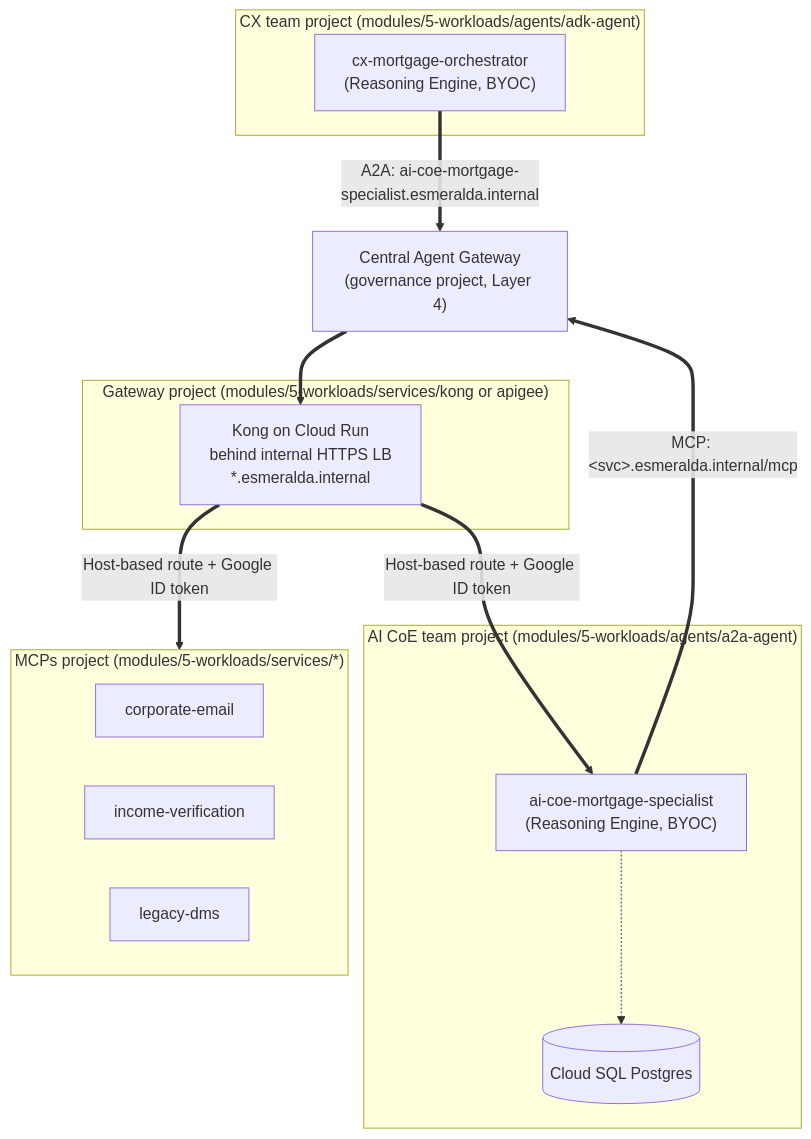
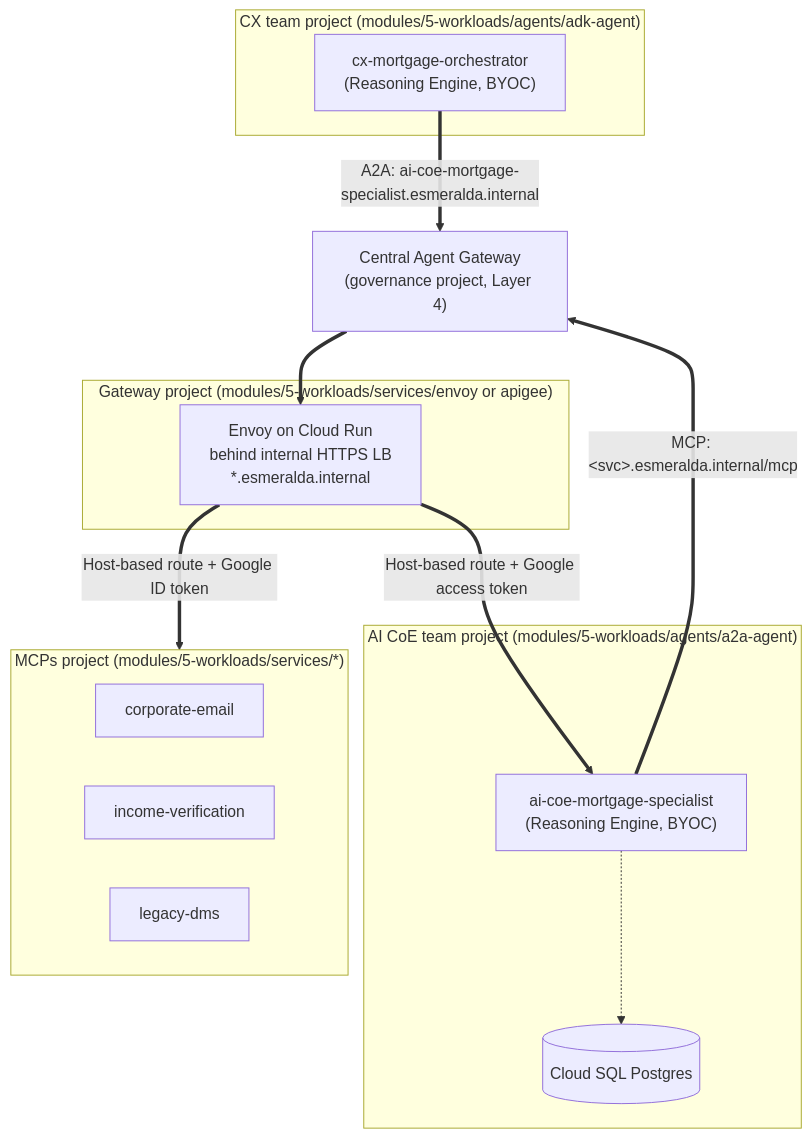
One commit to google/esmeralda changed the diagram in docs/src/2-workloads-and-catalog/index.md. Above: the diagram before and after it, drawn with Mermaid. The commit also changed other lines of this file and 15 other files, not shown here.

First line of the commit message:
docs: describe the Envoy ingress gateway (#73)

````diff
--- a/docs/src/2-workloads-and-catalog/index.md
+++ b/docs/src/2-workloads-and-catalog/index.md
@@ -60,30 +60,30 @@
 ```mermaid
 flowchart TB
     subgraph CX["CX team project (modules/5-workloads/agents/adk-agent)"]
         Orch["cx-mortgage-orchestrator<br/>(Reasoning Engine, BYOC)"]
     end
 
     AGW["Central Agent Gateway<br/>(governance project, Layer 4)"]
 
-    subgraph Gateway["Gateway project (modules/5-workloads/services/kong or apigee)"]
-        Kong["Kong on Cloud Run<br/>behind internal HTTPS LB<br/>*.esmeralda.internal"]
+    subgraph Gateway["Gateway project (modules/5-workloads/services/envoy or apigee)"]
+        Envoy["Envoy on Cloud Run<br/>behind internal HTTPS LB<br/>*.esmeralda.internal"]
     end
 
     subgraph CoE["AI CoE team project (modules/5-workloads/agents/a2a-agent)"]
         Spec["ai-coe-mortgage-specialist<br/>(Reasoning Engine, BYOC)"]
         DB[(Cloud SQL Postgres)]
         Spec -.-> DB
     end
 
     subgraph MCPServers["MCPs project (modules/5-workloads/services/*)"]
         M1["corporate-email"]
         M2["income-verification"]
         M3["legacy-dms"]
     end
 
     Orch ==>|"A2A: ai-coe-mortgage-specialist.esmeralda.internal"| AGW
     Spec ==>|"MCP: #60;svc#62;.esmeralda.internal/mcp"| AGW
-    AGW ==> Kong
-    Kong ==>|Host-based route + Google ID token| Spec
-    Kong ==>|Host-based route + Google ID token| MCPServers
+    AGW ==> Envoy
+    Envoy ==>|Host-based route + Google access token| Spec
+    Envoy ==>|Host-based route + Google ID token| MCPServers
 ```
````
